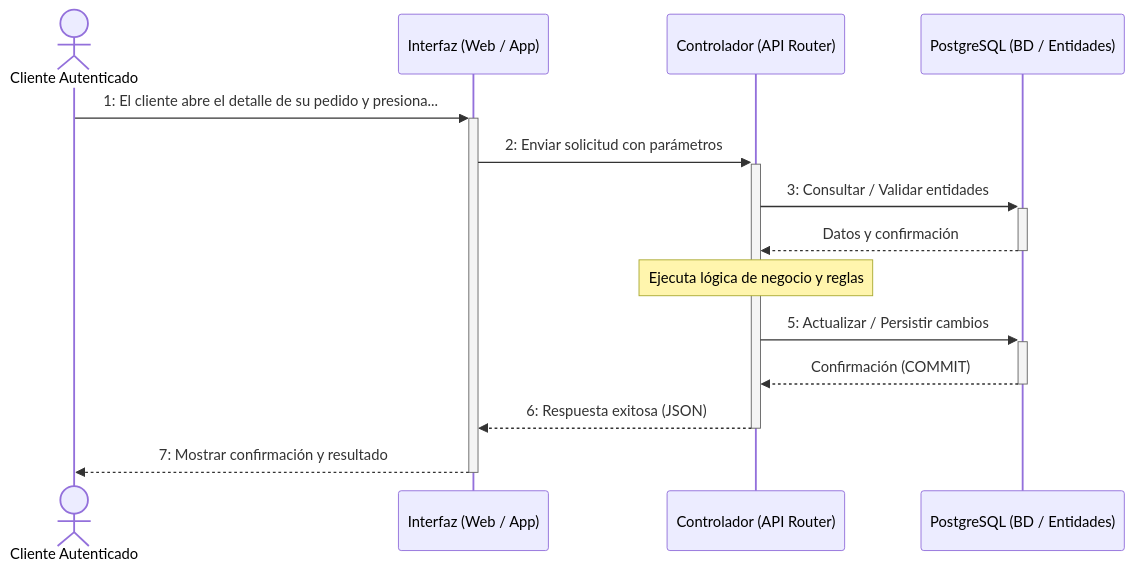
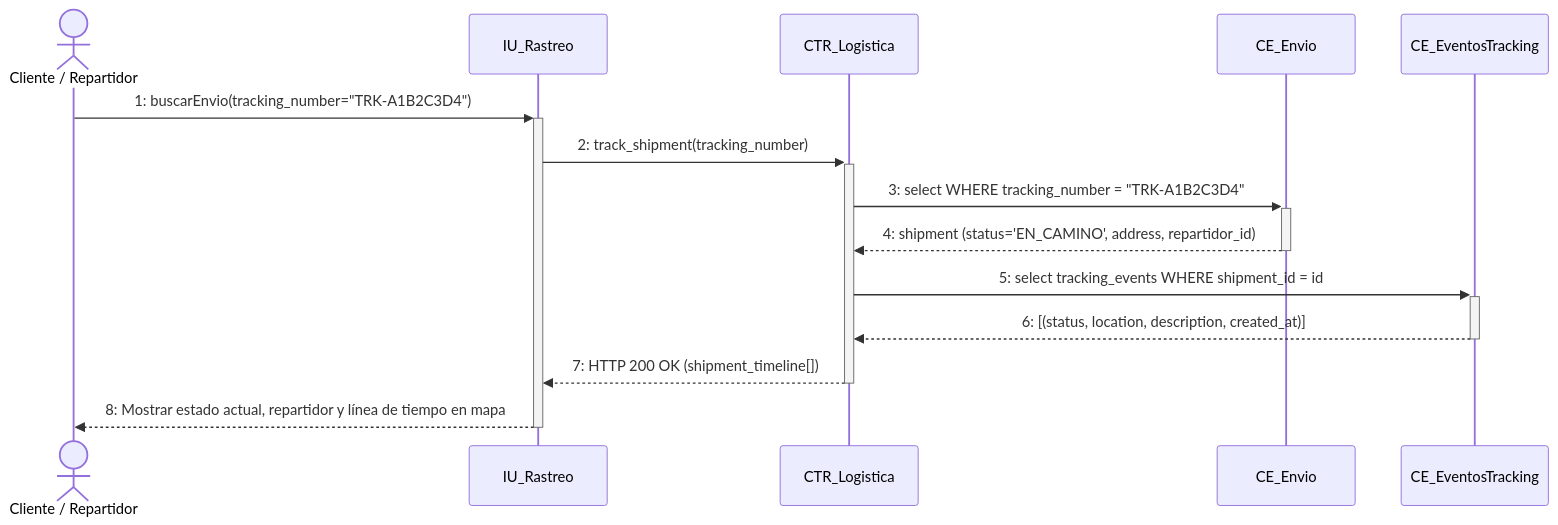
Diagram 28 of 38 in documentos/DOCUMENTACION_40_CASOS_DE_USO_DIAGRAMAS_SECUENCIA.md (jc-larry/ecommerce), drawn with Mermaid before and after one commit. The commit also changed other lines of this file and 148 other files, not shown here.

````diff
--- a/documentos/DOCUMENTACION_40_CASOS_DE_USO_DIAGRAMAS_SECUENCIA.md
+++ b/documentos/DOCUMENTACION_40_CASOS_DE_USO_DIAGRAMAS_SECUENCIA.md
@@ -1491,16 +1838,17 @@
 ```mermaid
 sequenceDiagram
-    actor U as Cliente Autenticado
-    participant IU as Interfaz (Web / App)
-    participant CTR as Controlador (API Router)
-    participant DB as PostgreSQL (BD / Entidades)
-    U->>+IU: 1: El cliente abre el detalle de su pedido y presiona...
-    IU->>+CTR: 2: Enviar solicitud con parámetros
-    CTR->>+DB: 3: Consultar / Validar entidades
-    DB-->>-CTR: Datos y confirmación
-    Note over CTR: Ejecuta lógica de negocio y reglas
-    CTR->>+DB: 5: Actualizar / Persistir cambios
-    DB-->>-CTR: Confirmación (COMMIT)
-    CTR-->>-IU: 6: Respuesta exitosa (JSON)
-    IU-->>-U: 7: Mostrar confirmación y resultado
+    actor C as Cliente / Repartidor
+    participant IU as IU_Rastreo
+    participant CTR as CTR_Logistica
+    participant CE_E as CE_Envio
+    participant CE_ET as CE_EventosTracking
+
+    C->>+IU: 1: buscarEnvio(tracking_number="TRK-A1B2C3D4")
+    IU->>+CTR: 2: track_shipment(tracking_number)
+    CTR->>+CE_E: 3: select WHERE tracking_number = "TRK-A1B2C3D4"
+    CE_E-->>-CTR: 4: shipment (status='EN_CAMINO', address, repartidor_id)
+    CTR->>+CE_ET: 5: select tracking_events WHERE shipment_id = id
+    CE_ET-->>-CTR: 6: [(status, location, description, created_at)]
+    CTR-->>-IU: 7: HTTP 200 OK (shipment_timeline[])
+    IU-->>-C: 8: Mostrar estado actual, repartidor y línea de tiempo en mapa
 ```
````
